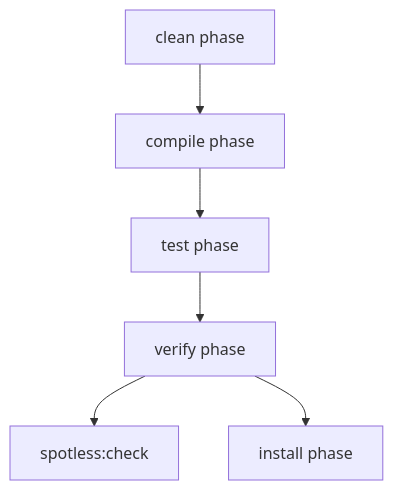
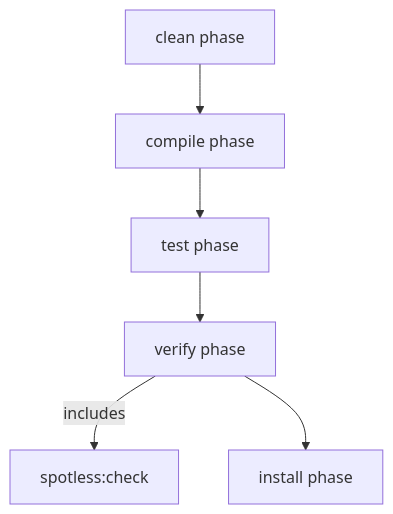
Before and after one commit to philipz/spring-modular-monolith: the third of 4 diagrams in docs/deepwiki/Code-Quality-and-Formatting.md, drawn with Mermaid. The commit also changed other lines of this file and 55 other files, not shown here.

````diff
--- a/docs/deepwiki/Code-Quality-and-Formatting.md
+++ b/docs/deepwiki/Code-Quality-and-Formatting.md
@@ -182,16 +182,16 @@
 ```mermaid
 flowchart TD
 
 clean["clean phase"]
 compile["compile phase"]
 test["test phase"]
 verify["verify phase"]
 spotlessCheck["spotless:check"]
 install["install phase"]
 
 clean --> compile
 compile --> test
 test --> verify
-verify --> spotlessCheck
+verify -->|"includes"| spotlessCheck
 verify --> install
 ```
````
